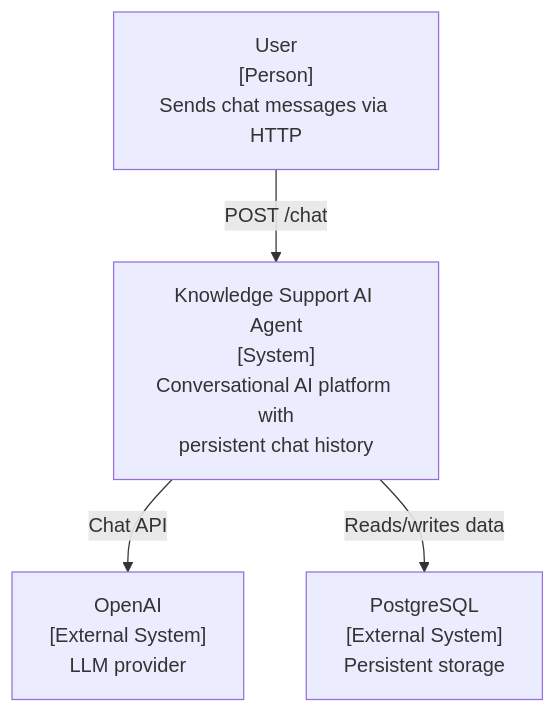
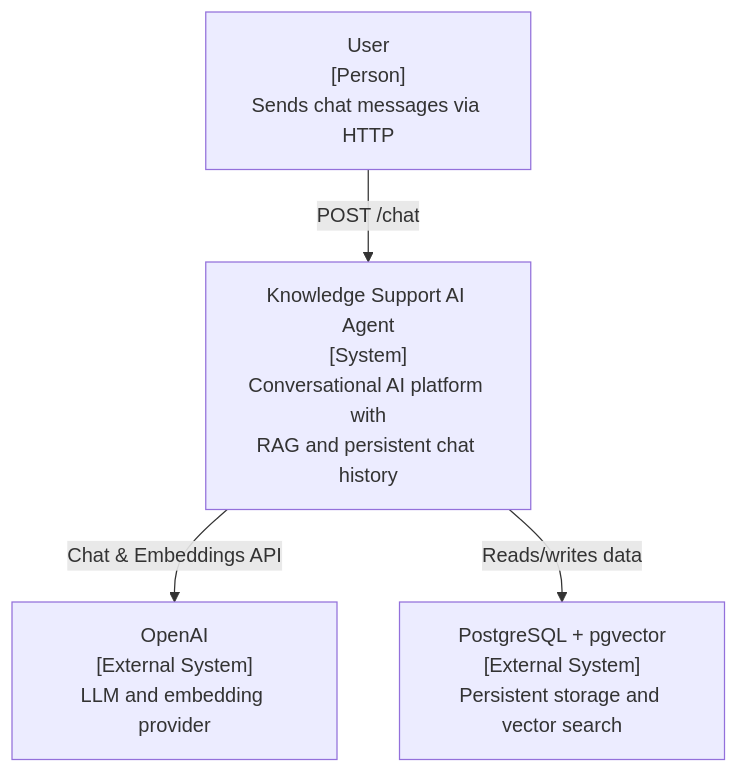
One commit to camercadop/knowledge-support-ai-agent changed the first of 3 diagrams in docs/architecture.md. Above: the diagram before and after it, drawn with Mermaid. The commit also changed other lines of this file and 27 other files, not shown here.

Commit message:
feat(knowledge): Implement document ingestion and RAG foundation

````diff
--- a/docs/architecture.md
+++ b/docs/architecture.md
@@ -9,11 +9,11 @@
 ```mermaid
 flowchart TB
     user["User\n[Person]\nSends chat messages via HTTP"]
-    agent["Knowledge Support AI Agent\n[System]\nConversational AI platform with\npersistent chat history"]
-    openai["OpenAI\n[External System]\nLLM provider"]
-    postgres["PostgreSQL\n[External System]\nPersistent storage"]
+    agent["Knowledge Support AI Agent\n[System]\nConversational AI platform with\nRAG and persistent chat history"]
+    openai["OpenAI\n[External System]\nLLM and embedding provider"]
+    postgres["PostgreSQL + pgvector\n[External System]\nPersistent storage and vector search"]
 
     user -->|"POST /chat"| agent
-    agent -->|"Chat API"| openai
+    agent -->|"Chat & Embeddings API"| openai
     agent -->|"Reads/writes data"| postgres
 ```
````
